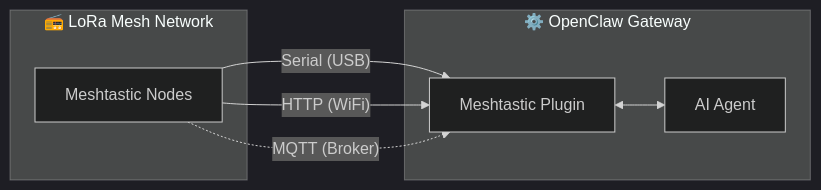
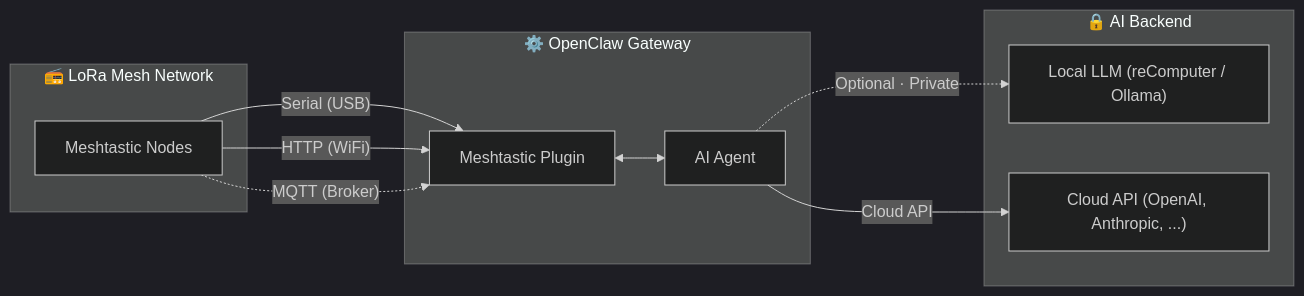
The diagram in README.md (suharvest/openclaw-meshtastic), drawn with Mermaid (dark theme) before and after one commit. The commit also changed other lines of this file, not shown here.

````diff
--- a/README.md
+++ b/README.md
@@ -47,14 +31,20 @@
 ```mermaid
 flowchart LR
     subgraph mesh ["📻 LoRa Mesh Network"]
         N["Meshtastic Nodes"]
     end
     subgraph gw ["⚙️ OpenClaw Gateway"]
         P["Meshtastic Plugin"]
         AI["AI Agent"]
     end
+    subgraph llm ["🔒 AI Backend"]
+        LOCAL["Local LLM (reComputer / Ollama)"]
+        CLOUD["Cloud API (OpenAI, Anthropic, ...)"]
+    end
     N -- "Serial (USB)" --> P
     N -- "HTTP (WiFi)" --> P
     N -. "MQTT (Broker)" .-> P
     P <--> AI
+    AI -- "Cloud API" --> CLOUD
+    AI -. "Optional · Private" .-> LOCAL
 ```
````
